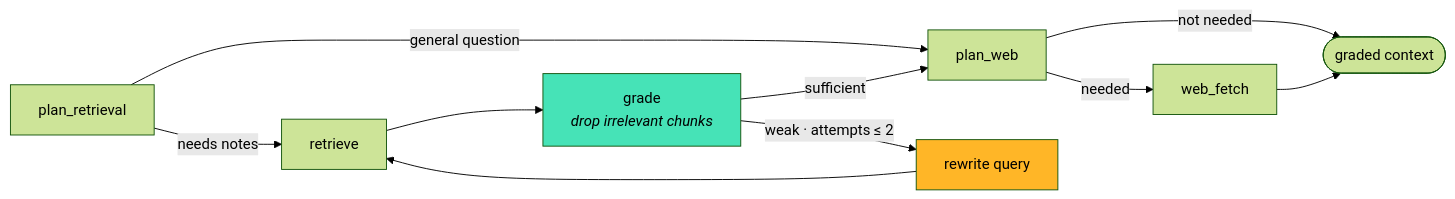
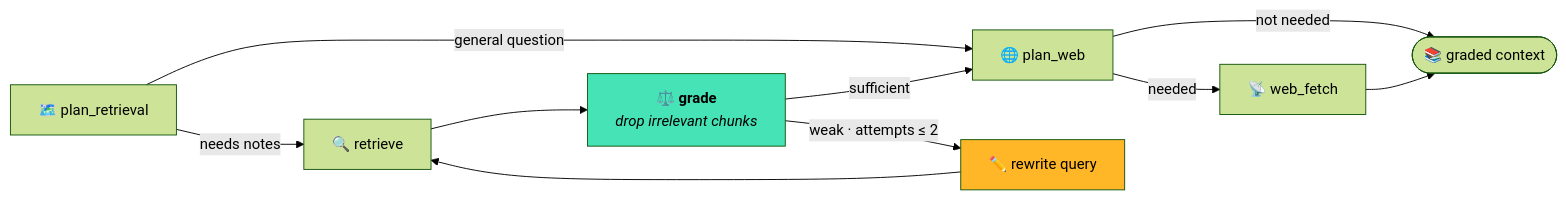
One commit to Pranjaltyagi76/agentic-rag-studyhelper changed the second of 3 diagrams in README.md. Above: the diagram before and after it, drawn with Mermaid (forest theme). The commit also changed other lines of this file, not shown here.

````diff
--- a/README.md
+++ b/README.md
@@ -82,15 +126,15 @@
 ```mermaid
 flowchart LR
-    A[plan_retrieval] -->|needs notes| B[retrieve]
-    A -->|general question| W[plan_web]
-    B --> G[grade<br/><i>drop irrelevant chunks</i>]
+    A[🗺️ plan_retrieval] -->|needs notes| B[🔍 retrieve]
+    A -->|general question| W[🌐 plan_web]
+    B --> G[⚖️ <b>grade</b><br/><i>drop irrelevant chunks</i>]
     G -->|sufficient| W
-    G -->|weak · attempts ≤ 2| RW[rewrite query]
+    G -->|weak · attempts ≤ 2| RW[✏️ rewrite query]
     RW --> B
-    W -->|needed| F[web_fetch]
-    W -->|not needed| C([graded context])
+    W -->|needed| F[📡 web_fetch]
+    W -->|not needed| C([📚 graded context])
     F --> C
 
     style G fill:#46E3B7,color:#000
     style RW fill:#FFB627,color:#000
 ```
````
